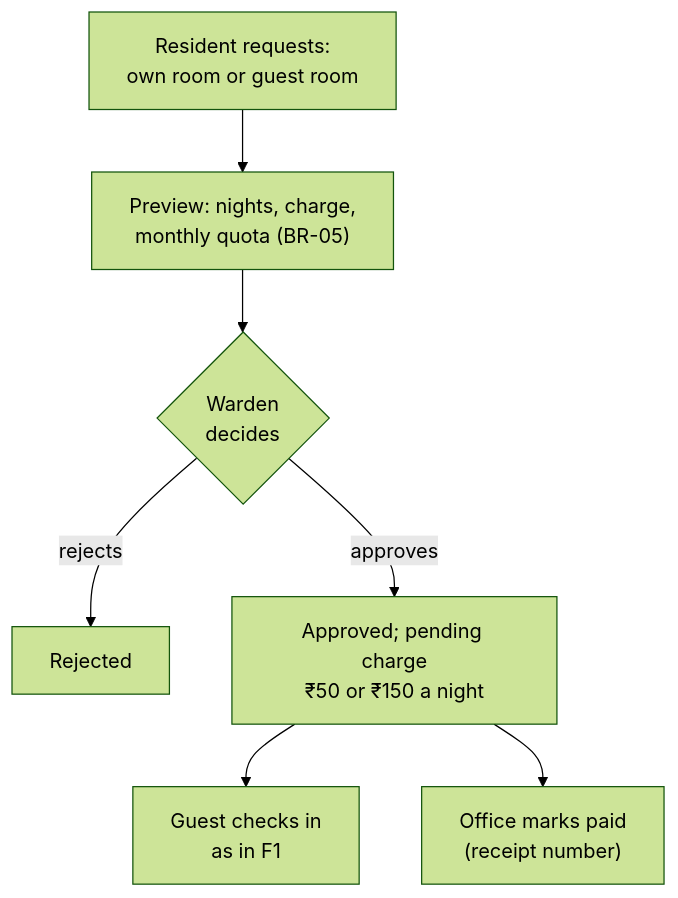
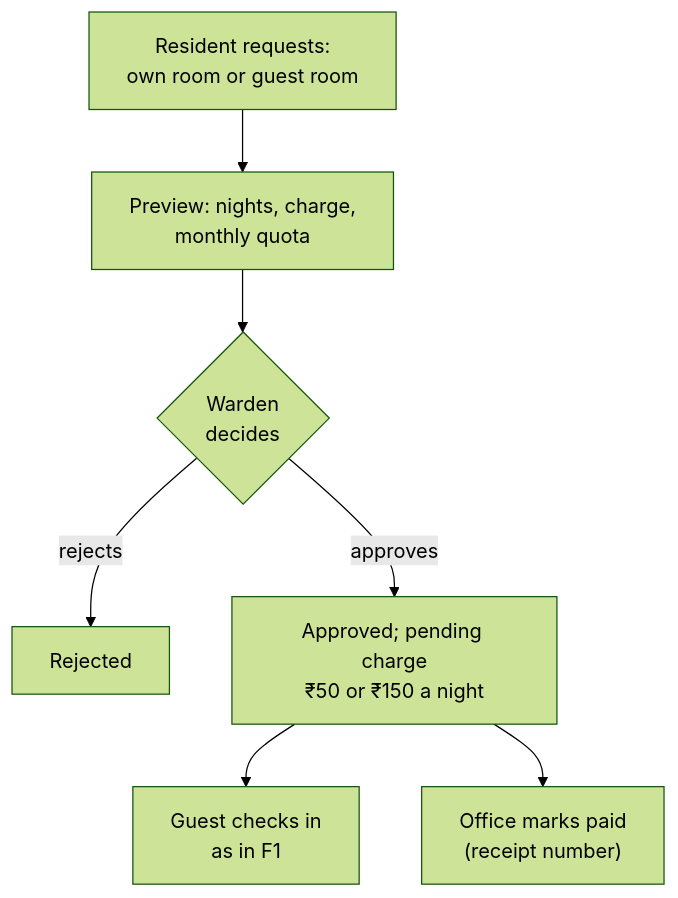
One commit to keeratpunia/HAVEN changed the diagram in docs/report/diagrams/f6-overnight.mmd. Above: the diagram before and after it, drawn with Mermaid (forest theme). The commit also changed 15 other files, not shown here.

```diff
--- a/docs/report/diagrams/f6-overnight.mmd
+++ b/docs/report/diagrams/f6-overnight.mmd
@@ -1,8 +1,8 @@
 %% F6 Overnight request (SDD §6 F6; BR-05..08)
 flowchart TD
-  A["Resident requests:<br/>own room or guest room"] --> B["Preview: nights, charge,<br/>monthly quota (BR-05)"]
+  A["Resident requests:<br/>own room or guest room"] --> B["Preview: nights, charge,<br/>monthly quota"]
   B --> C{"Warden<br/>decides"}
   C -- rejects --> X["Rejected"]
   C -- approves --> D["Approved; pending charge<br/>₹50 or ₹150 a night"]
   D --> E["Guest checks in<br/>as in F1"]
   D --> F["Office marks paid<br/>(receipt number)"]
```
